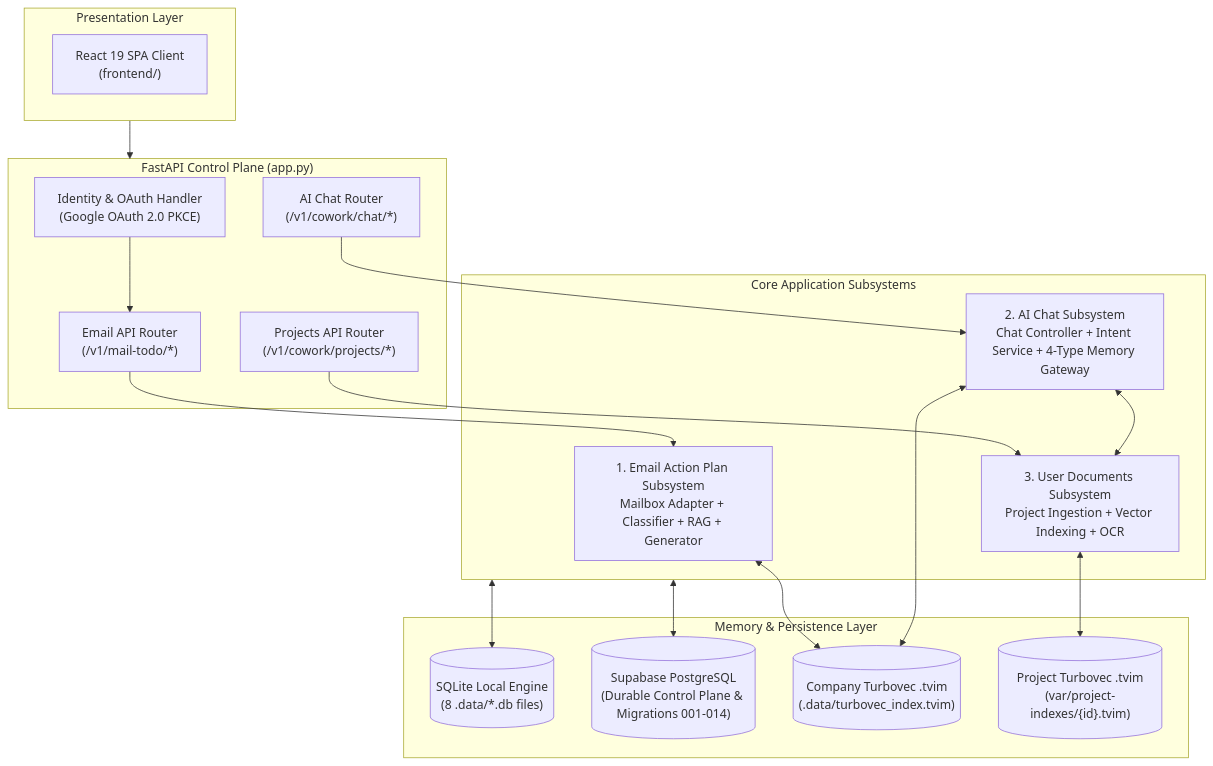
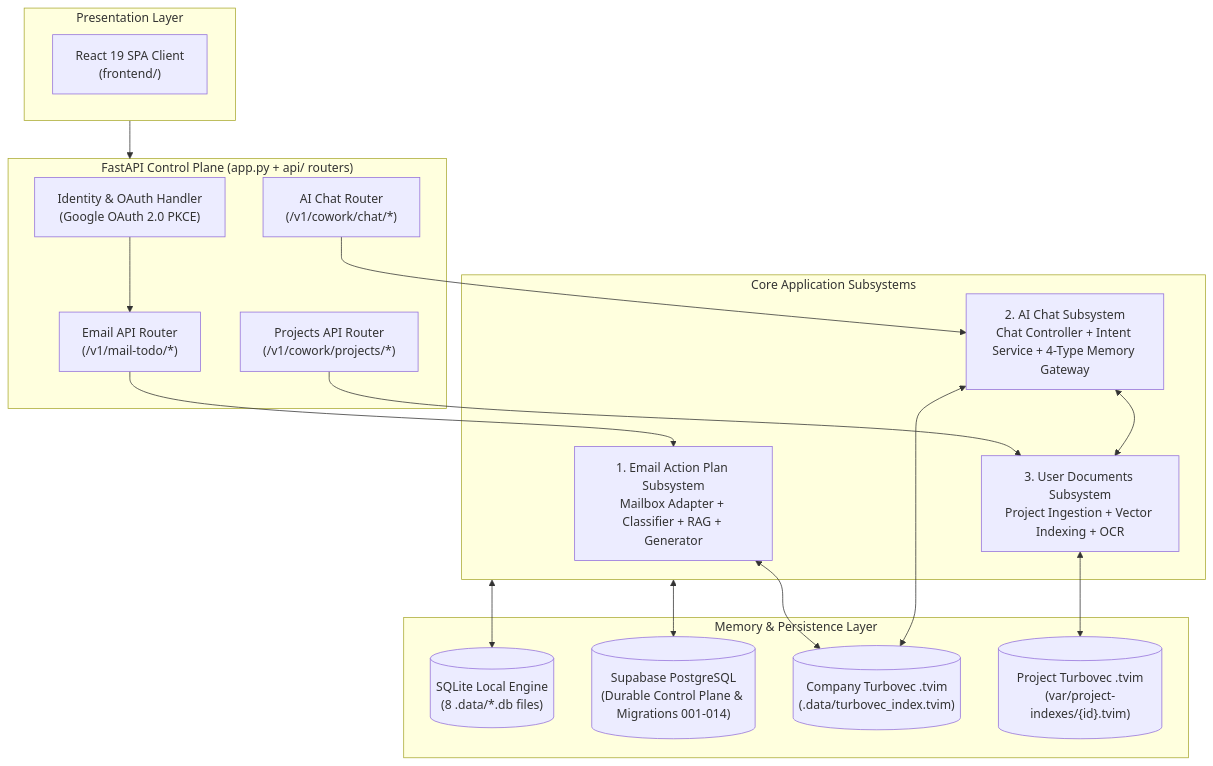
One commit to MathematicGuy/EMAIL-AGENT-v1 changed the diagram in docs/architectures/current-architectures/04-overall-architecture.md. Above: the diagram before and after it, drawn with Mermaid. The commit also changed other lines of this file and 6 other files, not shown here.

First line of the commit message:
refactor(api): retire the last untyped app.state fallback; ADR-015 + docs

````diff
--- a/docs/architectures/current-architectures/04-overall-architecture.md
+++ b/docs/architectures/current-architectures/04-overall-architecture.md
@@ -70,41 +70,41 @@
 ```mermaid
 flowchart TB
     subgraph PRESENTATION["Presentation Layer"]
         REACT["React 19 SPA Client<br/>(frontend/)"]
     end
 
-    subgraph CONTROL_PLANE["FastAPI Control Plane (app.py)"]
+    subgraph CONTROL_PLANE["FastAPI Control Plane (app.py + api/ routers)"]
         AUTH["Identity & OAuth Handler<br/>(Google OAuth 2.0 PKCE)"]
         EMAIL_ROUTER["Email API Router<br/>(/v1/mail-todo/*)"]
         CHAT_ROUTER["AI Chat Router<br/>(/v1/cowork/chat/*)"]
         PROJECT_ROUTER["Projects API Router<br/>(/v1/cowork/projects/*)"]
     end
 
     subgraph SUBSYSTEMS["Core Application Subsystems"]
         SUB_EMAIL["1. Email Action Plan Subsystem<br/>Mailbox Adapter + Classifier + RAG + Generator"]
         SUB_CHAT["2. AI Chat Subsystem<br/>Chat Controller + Intent Service + 4-Type Memory Gateway"]
         SUB_DOCS["3. User Documents Subsystem<br/>Project Ingestion + Vector Indexing + OCR"]
     end
 
     subgraph MEMORY_STORES["Memory & Persistence Layer"]
         DB_LOCAL[("SQLite Local Engine<br/>(8 .data/*.db files)")]
         DB_PG[("Supabase PostgreSQL<br/>(Durable Control Plane & Migrations 001-014)")]
         VEC_COMPANY[("Company Turbovec .tvim<br/>(.data/turbovec_index.tvim)")]
         VEC_PROJECT[("Project Turbovec .tvim<br/>(var/project-indexes/{id}.tvim)")]
     end
 
     PRESENTATION --> CONTROL_PLANE
     AUTH --> EMAIL_ROUTER
     
     EMAIL_ROUTER --> SUB_EMAIL
     CHAT_ROUTER --> SUB_CHAT
     PROJECT_ROUTER --> SUB_DOCS
 
     SUB_CHAT <--> SUB_DOCS
     SUB_EMAIL <--> VEC_COMPANY
     SUB_CHAT <--> VEC_COMPANY
     SUB_DOCS <--> VEC_PROJECT
 
     SUBSYSTEMS <--> DB_LOCAL
     SUBSYSTEMS <--> DB_PG
 ```
````
